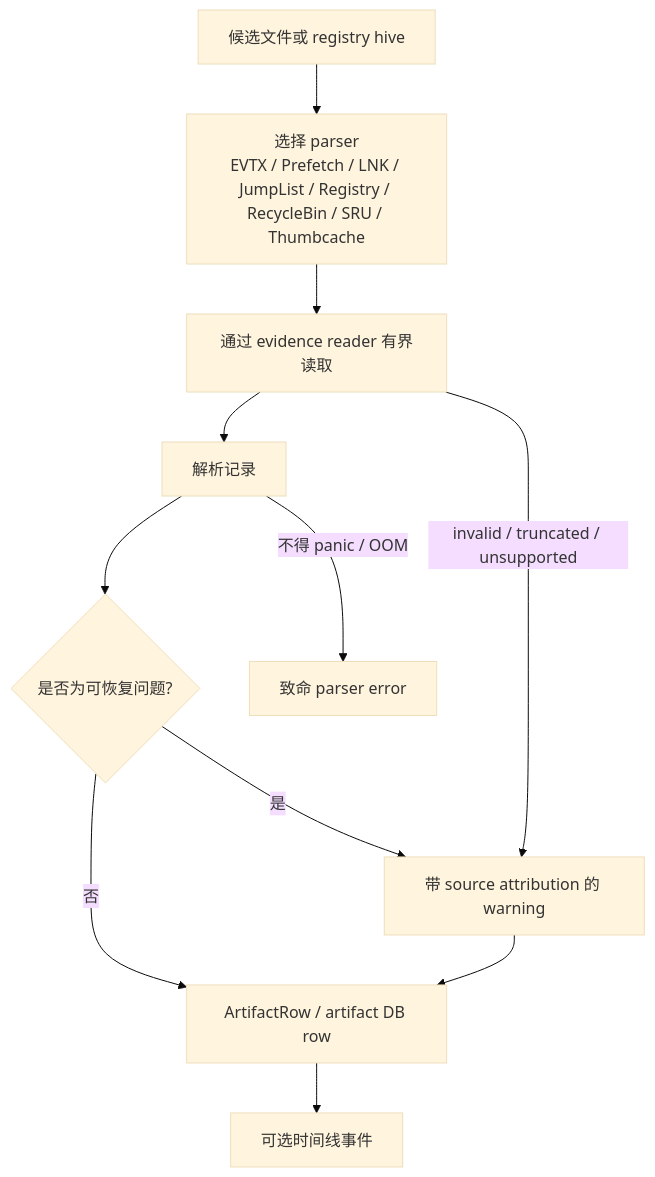
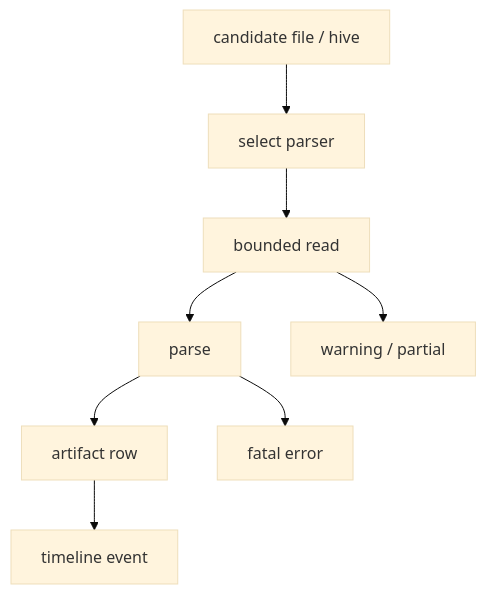
One commit to lQ-A-Ql/meow-detective changed diagram 11 of 14 in docs/model-architecture-algorithm-diagrams.md. Above: the diagram before and after it, drawn with Mermaid (base theme). The commit also changed other lines of this file and 46 other files, not shown here.

````diff
--- a/docs/model-architecture-algorithm-diagrams.md
+++ b/docs/model-architecture-algorithm-diagrams.md
@@ -400,20 +245,16 @@
 ```mermaid
 flowchart TB
-  Candidate["候选文件或 registry hive"]
-  Select["选择 parser<br/>EVTX / Prefetch / LNK / JumpList / Registry / RecycleBin / SRU / Thumbcache"]
-  Read["通过 evidence reader 有界读取"]
-  Parse["解析记录"]
-  Recover{"是否为可恢复问题?"}
-  Artifact["ArtifactRow / artifact DB row"]
-  Timeline["可选时间线事件"]
-  Warn["带 source attribution 的 warning"]
-  Fatal["致命 parser error"]
+  Candidate["candidate file / hive"]
+  Select["select parser"]
+  Read["bounded read"]
+  Parse["parse"]
+  Artifact["artifact row"]
+  Timeline["timeline event"]
+  Warning["warning / partial"]
+  Fatal["fatal error"]
 
-  Candidate --> Select --> Read --> Parse --> Recover
-  Recover -->|否| Artifact
-  Recover -->|是| Warn
-  Warn --> Artifact
-  Artifact --> Timeline
-  Read -->|invalid / truncated / unsupported| Warn
-  Parse -->|不得 panic / OOM| Fatal
+  Candidate --> Select --> Read --> Parse
+  Parse --> Artifact --> Timeline
+  Read --> Warning
+  Parse --> Fatal
 ```
````
